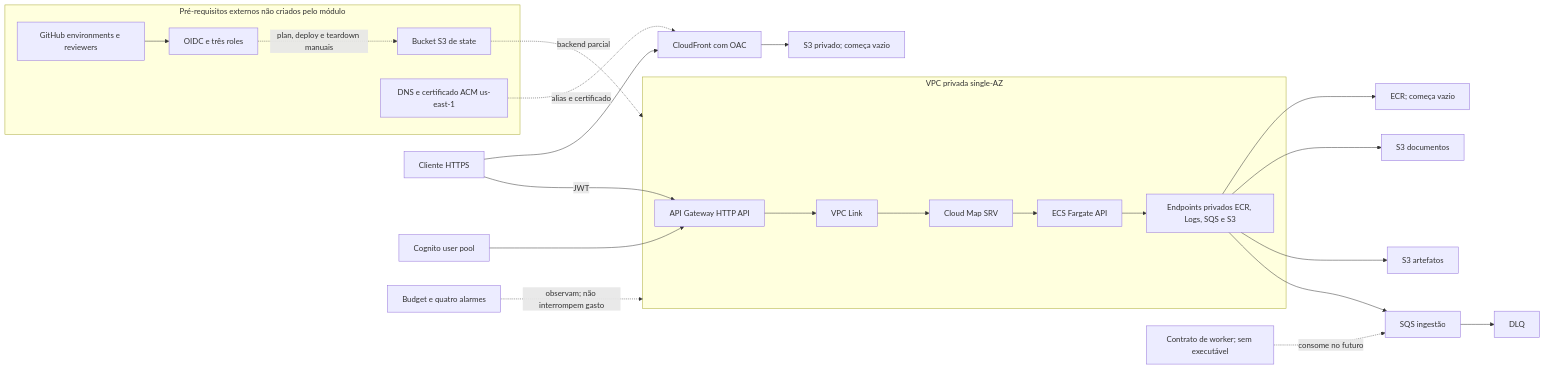
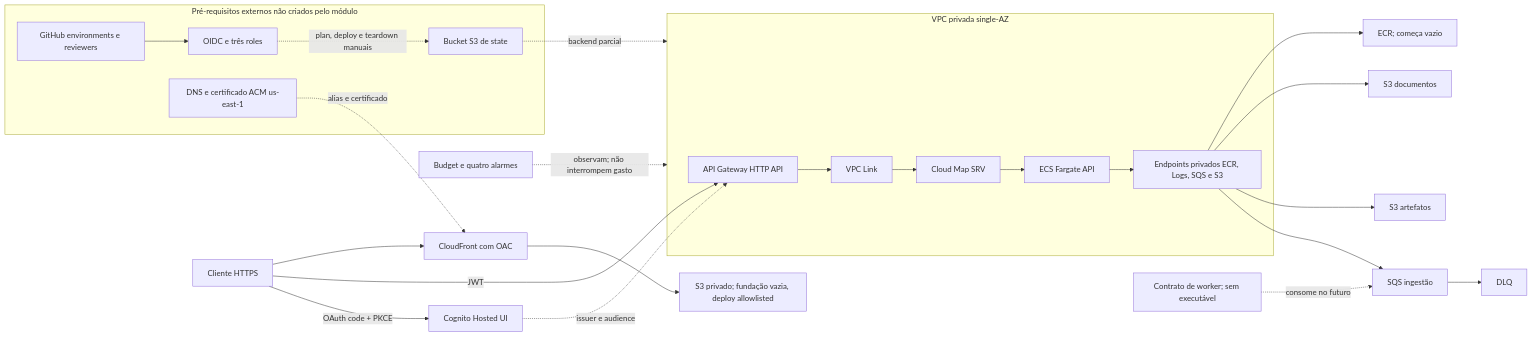
The third of 3 diagrams in docs/architecture/diagrams.md (HiRenan/senai-prescriptive-maintenance), drawn with Mermaid before and after one commit. The commit also changed 45 other files, not shown here.

````diff
--- a/docs/architecture/diagrams.md
+++ b/docs/architecture/diagrams.md
@@ -97,35 +97,36 @@
 ```mermaid
 flowchart LR
   subgraph External[Pré-requisitos externos não criados pelo módulo]
     GitHub[GitHub environments e reviewers]
     OIDC[OIDC e três roles]
     State[Bucket S3 de state]
     DNS[DNS e certificado ACM us-east-1]
     GitHub --> OIDC
   end
 
   Viewer[Cliente HTTPS] --> CF[CloudFront com OAC]
-  CF --> Frontend[S3 privado; começa vazio]
+  CF --> Frontend[S3 privado; fundação vazia, deploy allowlisted]
   DNS -. alias e certificado .-> CF
 
   Viewer -->|JWT| APIGW[API Gateway HTTP API]
-  Cognito[Cognito user pool] --> APIGW
+  Viewer -->|OAuth code + PKCE| Cognito[Cognito Hosted UI]
+  Cognito -. issuer e audience .-> APIGW
 
   subgraph VPC[VPC privada single-AZ]
     APIGW --> VPCLink[VPC Link]
     VPCLink --> CloudMap[Cloud Map SRV]
     CloudMap --> ECS[ECS Fargate API]
     ECS --> Endpoints[Endpoints privados ECR, Logs, SQS e S3]
   end
 
   Endpoints --> ECR[ECR; começa vazio]
   Endpoints --> Documents[S3 documentos]
   Endpoints --> Artifacts[S3 artefatos]
   Endpoints --> Queue[SQS ingestão]
   Queue --> DLQ[DLQ]
   NoWorker[Contrato de worker; sem executável] -. consome no futuro .-> Queue
 
   OIDC -. plan, deploy e teardown manuais .-> State
   State -. backend parcial .-> VPC
   Budget[Budget e quatro alarmes] -. observam; não interrompem gasto .-> VPC
 ```
````
